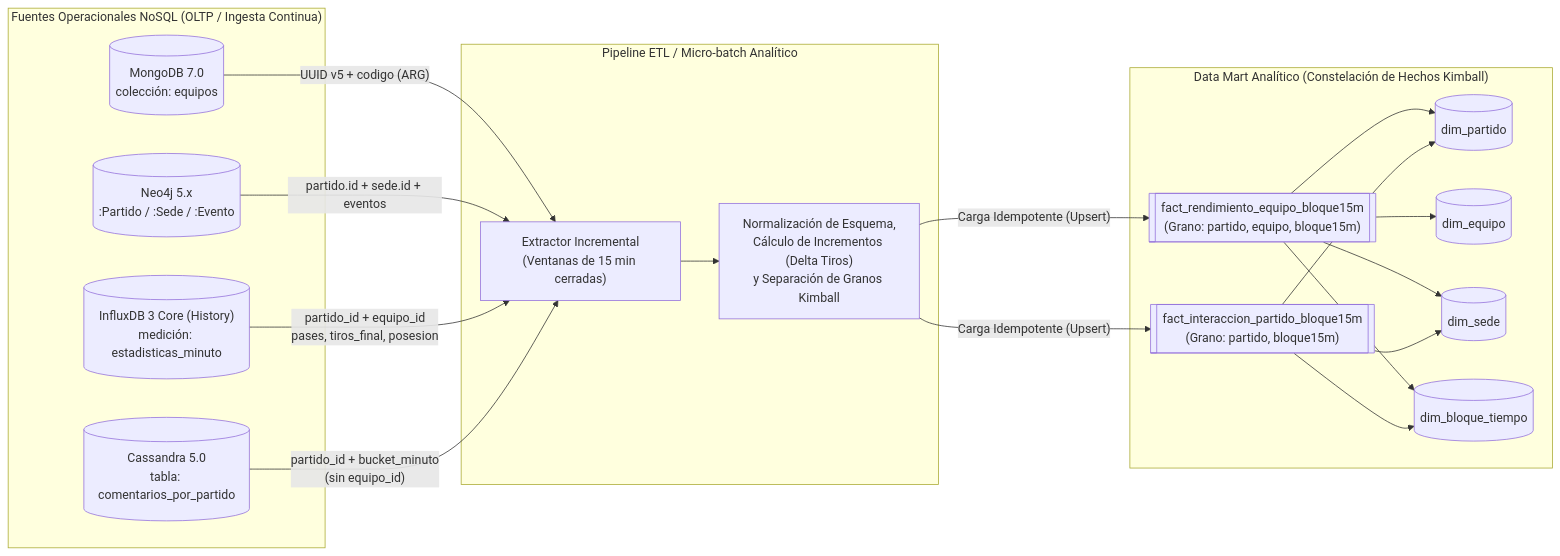
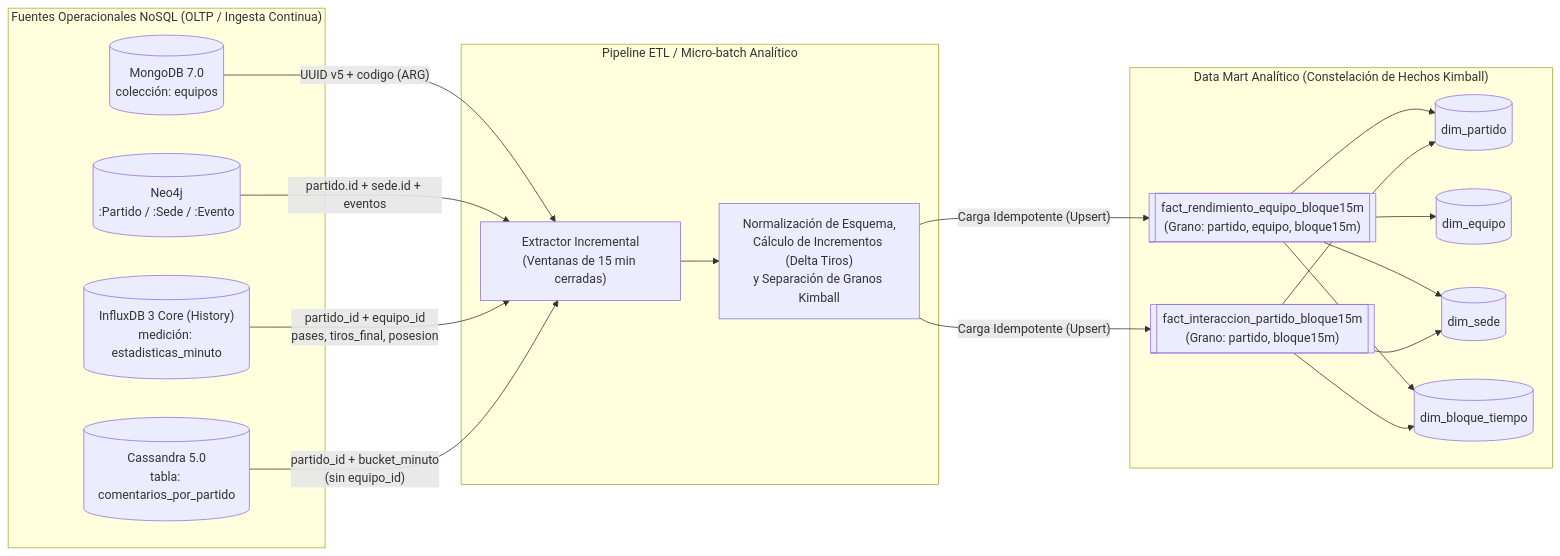
One commit to BrianValente/uade-tpo-ingenieria-de-datos-ii-fixture changed the diagram in hito-12-carga-optimizacion/docs/integracion_data_mart.md. Above: the diagram before and after it, drawn with Mermaid. The commit also changed other lines of this file and 9 other files, not shown here.

````diff
--- a/hito-12-carga-optimizacion/docs/integracion_data_mart.md
+++ b/hito-12-carga-optimizacion/docs/integracion_data_mart.md
@@ -26,40 +26,40 @@
 ```mermaid
 flowchart LR
     subgraph Operacional["Fuentes Operacionales NoSQL (OLTP / Ingesta Continua)"]
         M[("MongoDB 7.0\ncolección: equipos")]
-        N[("Neo4j 5.x\n:Partido / :Sede / :Evento")]
+        N[("Neo4j\n:Partido / :Sede / :Evento")]
         I[("InfluxDB 3 Core (History)\nmedición: estadisticas_minuto")]
         C[("Cassandra 5.0\ntabla: comentarios_por_partido")]
     end
 
     subgraph ETL["Pipeline ETL / Micro-batch Analítico"]
         E["Extractor Incremental\n(Ventanas de 15 min cerradas)"]
         T["Normalización de Esquema,\nCálculo de Incrementos (Delta Tiros)\ny Separación de Granos Kimball"]
         E --> T
     end
 
     subgraph DM["Data Mart Analítico (Constelación de Hechos Kimball)"]
         FE[["fact_rendimiento_equipo_bloque15m\n(Grano: partido, equipo, bloque15m)"]]
         FA[["fact_interaccion_partido_bloque15m\n(Grano: partido, bloque15m)"]]
         DP[("dim_partido")]
         DE[("dim_equipo")]
         DS[("dim_sede")]
         DB[("dim_bloque_tiempo")]
 
         FE --> DP
         FE --> DE
         FE --> DS
         FE --> DB
 
         FA --> DP
         FA --> DS
         FA --> DB
     end
 
     M -->|"UUID v5 + codigo (ARG)"| E
     N -->|"partido.id + sede.id + eventos"| E
     I -->|"partido_id + equipo_id\npases, tiros_final, posesion"| E
     C -->|"partido_id + bucket_minuto\n(sin equipo_id)"| E
     T -->|"Carga Idempotente (Upsert)"| FE
     T -->|"Carga Idempotente (Upsert)"| FA
 ```
````
